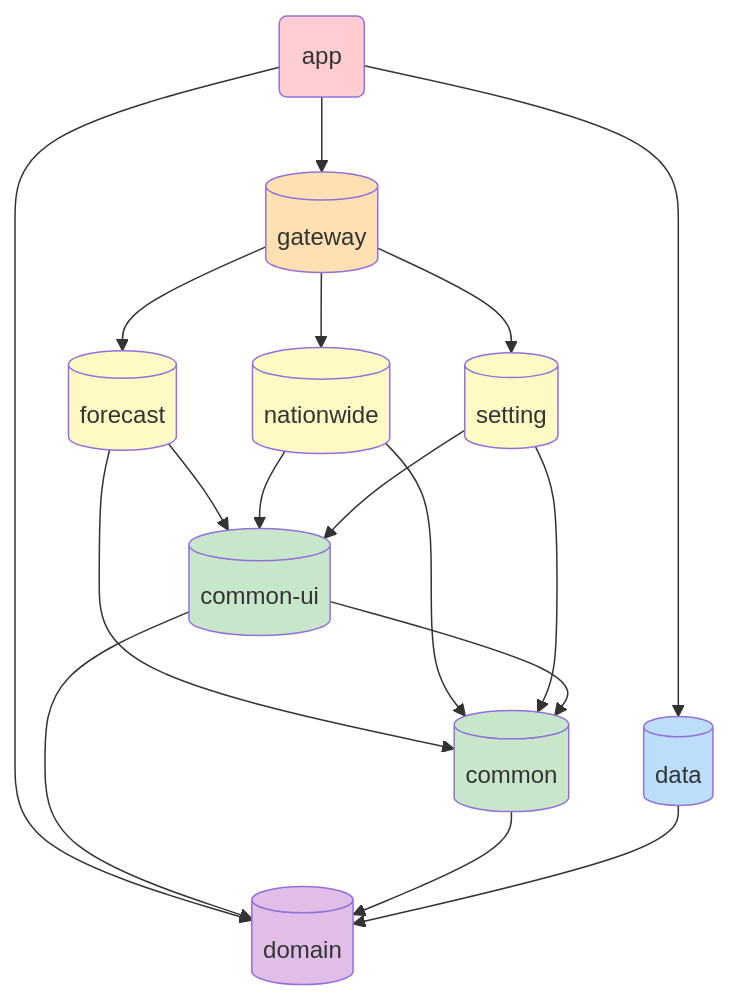
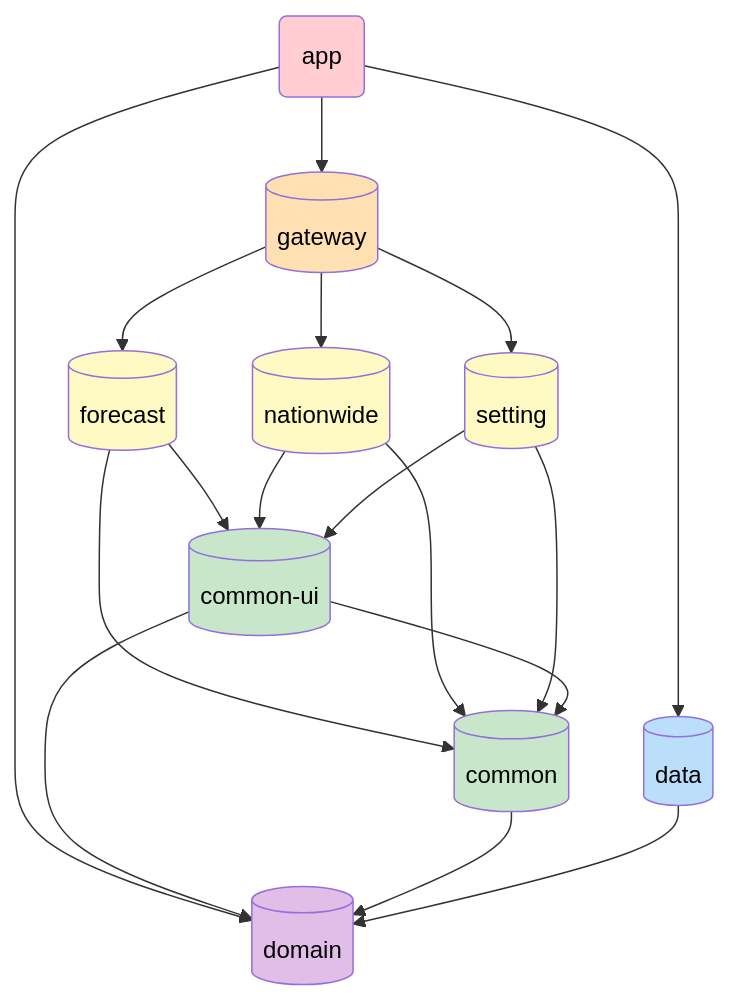
The diagram in README.md (knichu/suncloud), drawn with Mermaid before and after one commit. The commit also changed other lines of this file, not shown here.

Commit message:
Update README.md
글씨색 지정, 사용한 라이브러리 수정

````diff
--- a/README.md
+++ b/README.md
@@ -53,34 +53,34 @@
 ```mermaid
 flowchart TD
 %% Nodes
     A("app")
     B[("gateway")]
     C[("forecast")]
     D[("nationwide")]
     E[("setting")]
     F[("common-ui")]
     G[("common")]
     H[("data")]
     I[("domain")]
     
 %% Edge connections between nodes
     A --> B & H & I
     B --> C & D & E
     C --> G & F
     D --> G & F
     E --> G & F
     F --> I & G
     G --> I
     H --> I
     
 %% Individual node styling. Try the visual editor toolbar for easier styling!
-    style A fill:#FFCDD2
-    style B fill:#FFE0B2
-    style C fill:#FFF9C4
-    style D fill:#FFF9C4
-    style E fill:#FFF9C4
-    style F fill:#C8E6C9
-    style G fill:#C8E6C9
-    style H fill:#BBDEFB
-    style I fill:#E1BEE7
+    style A fill:#FFCDD2,color:#000000
+    style B fill:#FFE0B2,color:#000000
+    style C fill:#FFF9C4,color:#000000
+    style D fill:#FFF9C4,color:#000000
+    style E fill:#FFF9C4,color:#000000
+    style F fill:#C8E6C9,color:#000000
+    style G fill:#C8E6C9,color:#000000
+    style H fill:#BBDEFB,color:#000000
+    style I fill:#E1BEE7,color:#000000
 ```
````
